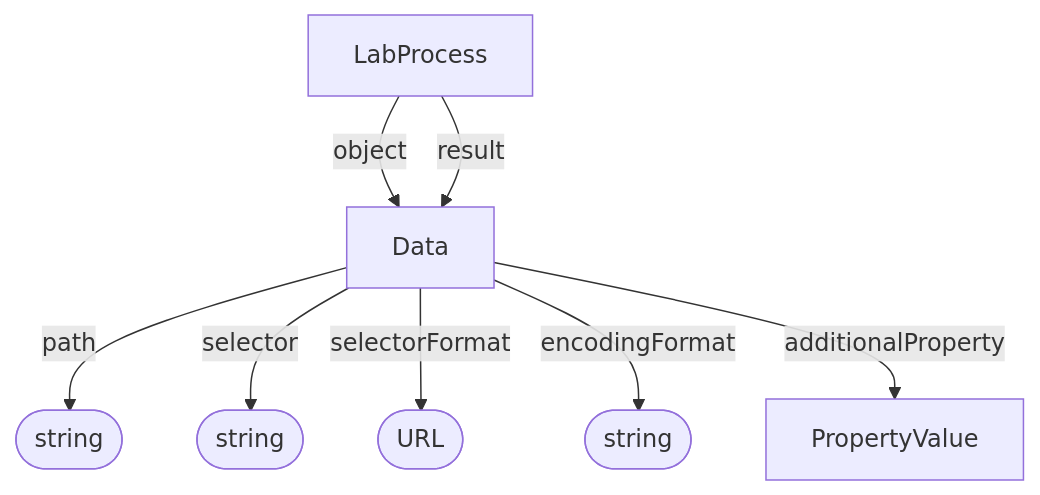
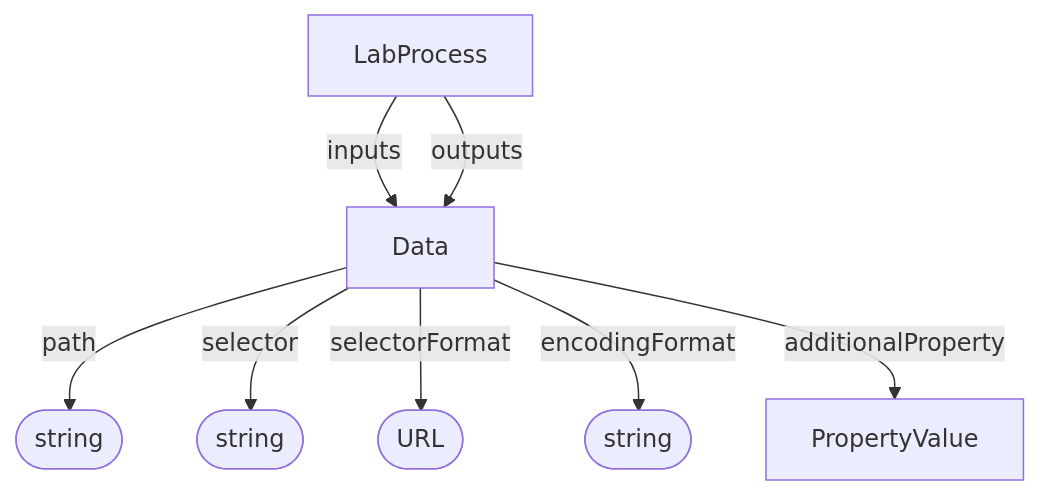
One commit to HLWeil/ProcessCore changed the diagram in spec/core/Data.md. Above: the diagram before and after it, drawn with Mermaid. The commit also changed 9 other files, not shown here.

````diff
--- a/spec/core/Data.md
+++ b/spec/core/Data.md
@@ -22,16 +22,16 @@
 ```mermaid
 flowchart TD
 
     pa@{ shape: stadium, label: "string" }
     se@{ shape: stadium, label: "string" }
     sf@{ shape: stadium, label: "URL" }
     ef@{ shape: stadium, label: "string" }
 
-    LabProcess --"object"--> Data
-    LabProcess --result--> Data
+    LabProcess --inputs--> Data
+    LabProcess --"outputs"--> Data
     Data --path--> pa
     Data --selector--> se
     Data --selectorFormat--> sf
     Data --encodingFormat--> ef
     Data --additionalProperty--> PropertyValue
 ```
````
